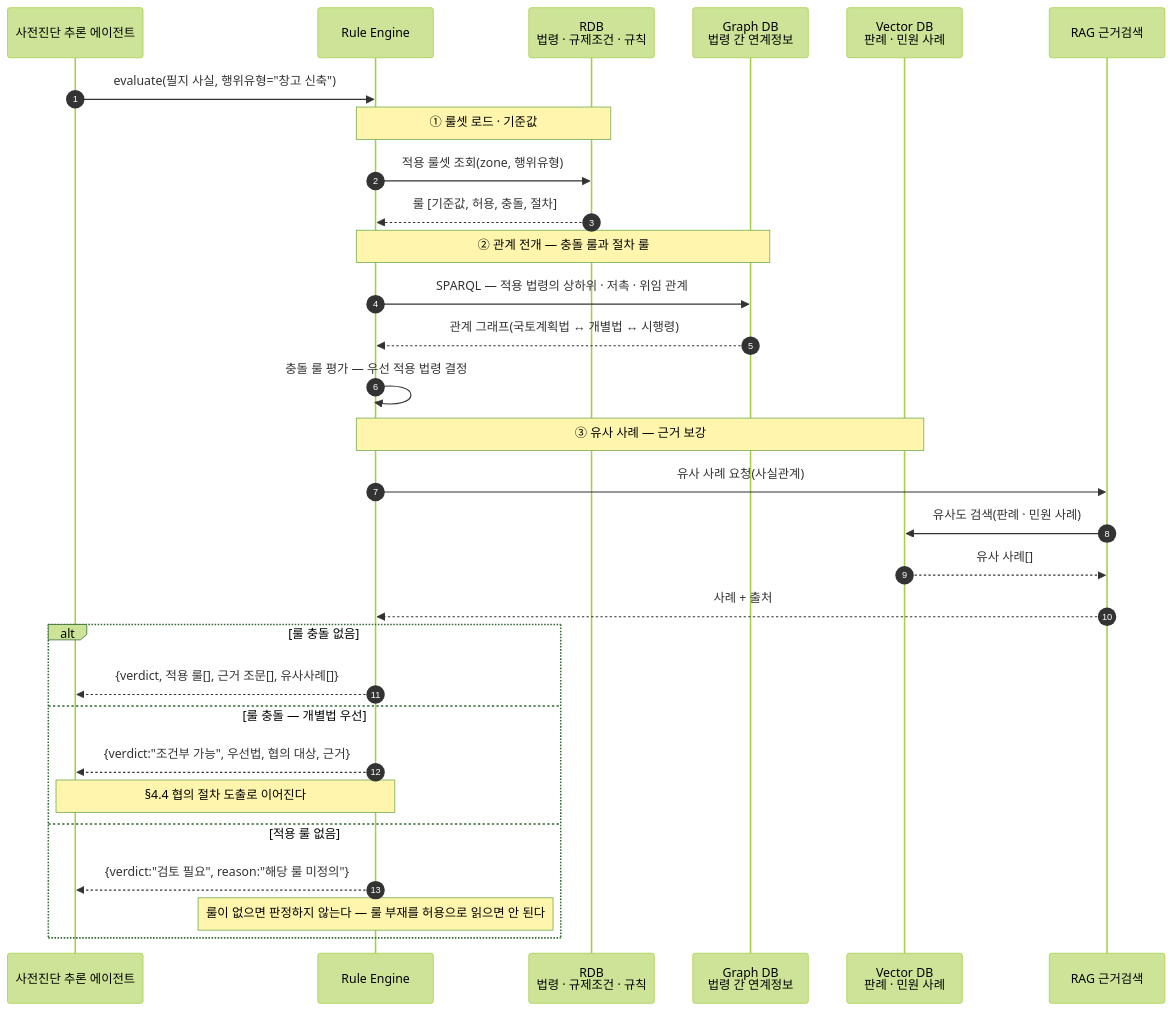
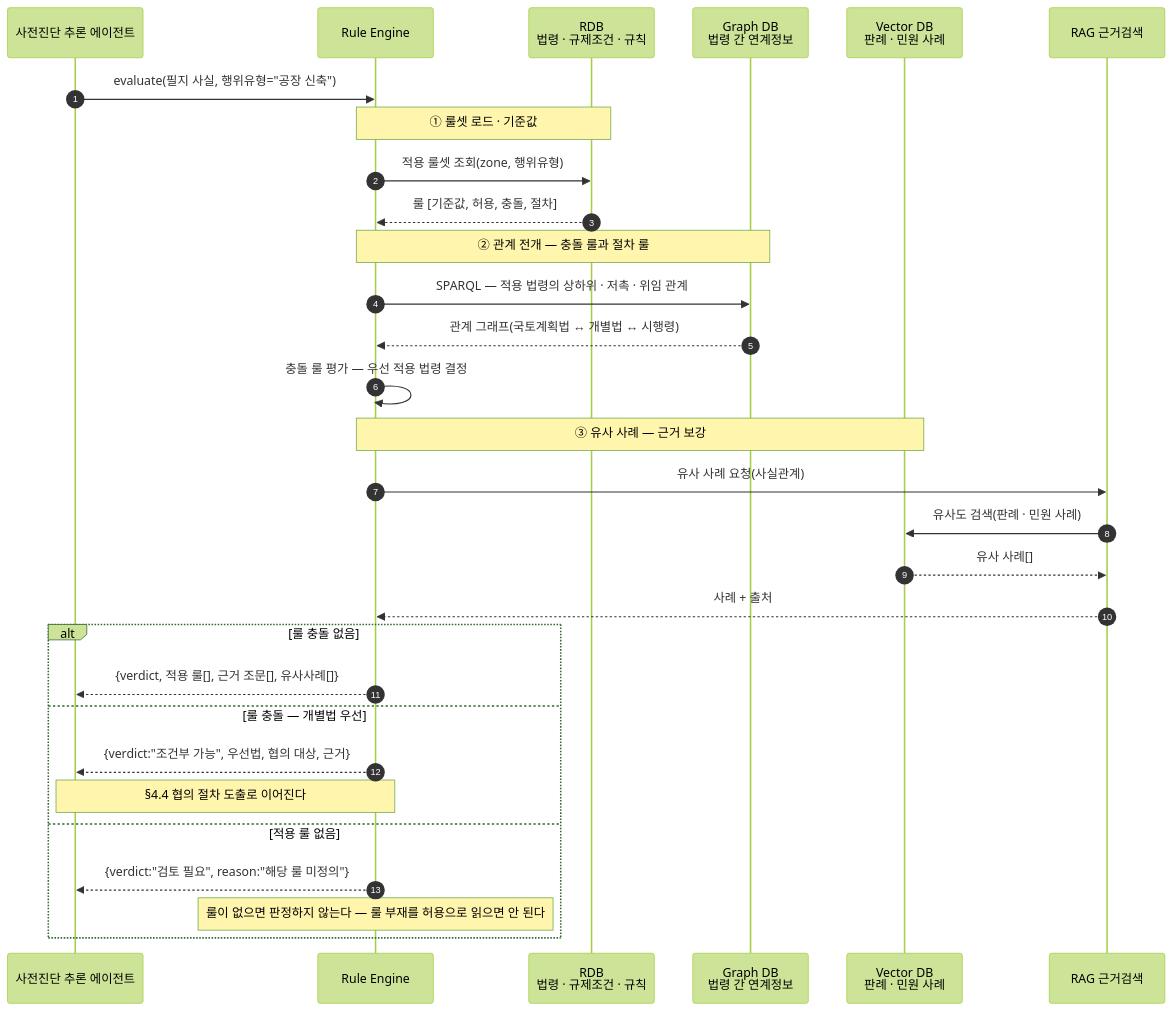
One commit to madlrengg100/permit-copilot changed the tenth of 15 diagrams in docs/MCP-AGENT-SEQUENCE.md. Above: the diagram before and after it, drawn with Mermaid (forest theme). The commit also changed other lines of this file, not shown here.

````diff
--- a/docs/MCP-AGENT-SEQUENCE.md
+++ b/docs/MCP-AGENT-SEQUENCE.md
@@ -756,37 +756,37 @@
 ```mermaid
 sequenceDiagram
     autonumber
     participant AG as 사전진단 추론 에이전트
     participant RE as Rule Engine
     participant RDB as RDB<br/>법령 · 규제조건 · 규칙
     participant GDB as Graph DB<br/>법령 간 연계정보
     participant VDB as Vector DB<br/>판례 · 민원 사례
     participant RG as RAG 근거검색
 
-    AG->>RE: evaluate(필지 사실, 행위유형="창고 신축")
+    AG->>RE: evaluate(필지 사실, 행위유형="공장 신축")
 
     Note over RE,RDB: ① 룰셋 로드 · 기준값
     RE->>RDB: 적용 룰셋 조회(zone, 행위유형)
     RDB-->>RE: 룰 [기준값, 허용, 충돌, 절차]
 
     Note over RE,GDB: ② 관계 전개 — 충돌 룰과 절차 룰
     RE->>GDB: SPARQL — 적용 법령의 상하위 · 저촉 · 위임 관계
     GDB-->>RE: 관계 그래프(국토계획법 ↔ 개별법 ↔ 시행령)
     RE->>RE: 충돌 룰 평가 — 우선 적용 법령 결정
 
     Note over RE,VDB: ③ 유사 사례 — 근거 보강
     RE->>RG: 유사 사례 요청(사실관계)
     RG->>VDB: 유사도 검색(판례 · 민원 사례)
     VDB-->>RG: 유사 사례[]
     RG-->>RE: 사례 + 출처
 
     alt 룰 충돌 없음
         RE-->>AG: {verdict, 적용 룰[], 근거 조문[], 유사사례[]}
     else 룰 충돌 — 개별법 우선
         RE-->>AG: {verdict:"조건부 가능", 우선법, 협의 대상, 근거}
         Note over RE,AG: §4.4 협의 절차 도출로 이어진다
     else 적용 룰 없음
         RE-->>AG: {verdict:"검토 필요", reason:"해당 룰 미정의"}
         Note over RE: 룰이 없으면 판정하지 않는다 — 룰 부재를 허용으로 읽으면 안 된다
     end
 ```
````
